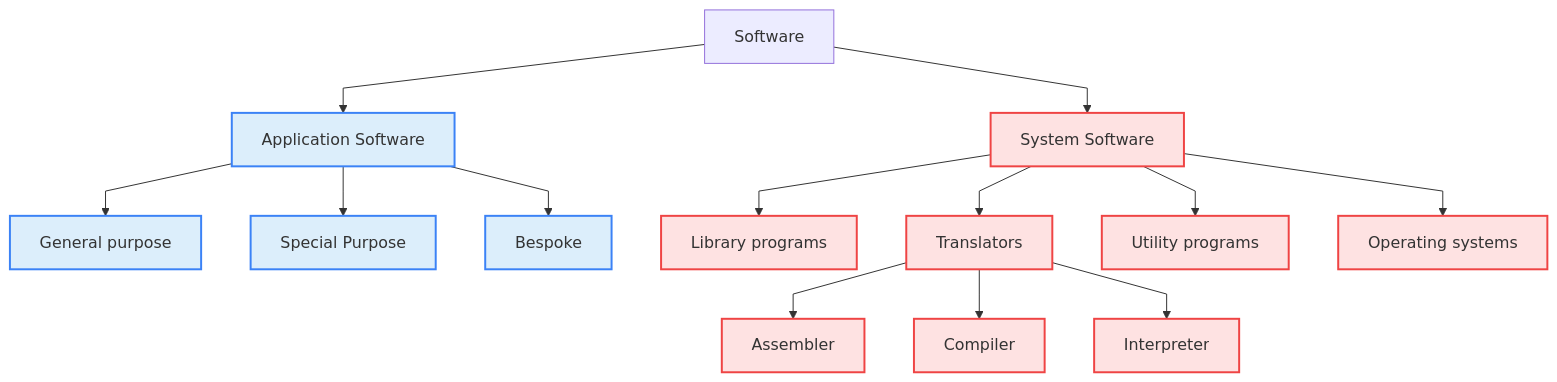
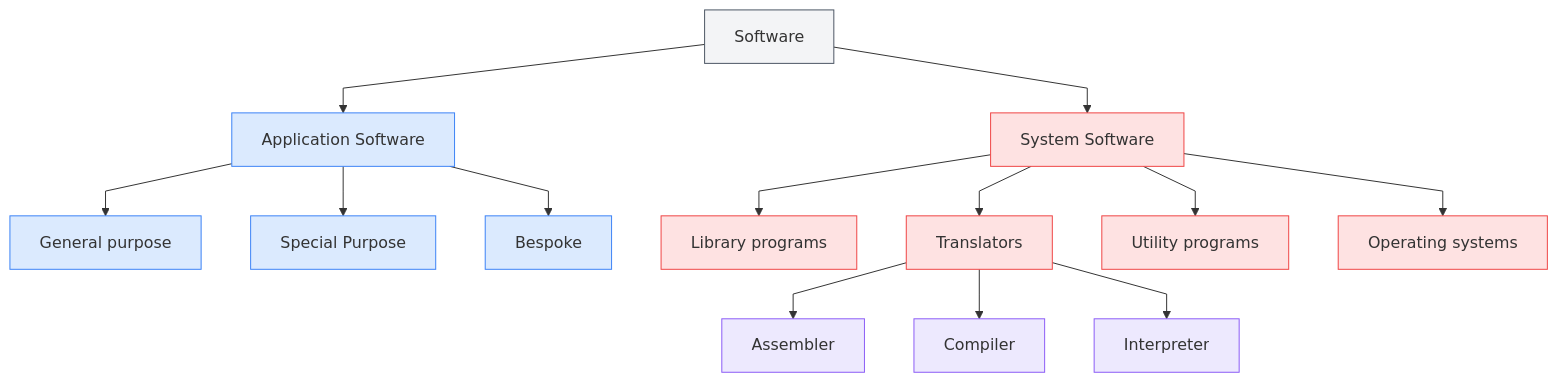
Before and after one commit to Mirasik1/ComputerScience: the diagram in content/Topics/CS/11 Grade/Software.md, drawn with Mermaid.

Commit message:
Quartz sync: Apr 8, 2025, 6:04 PM

````diff
--- a/content/Topics/CS/11 Grade/Software.md
+++ b/content/Topics/CS/11 Grade/Software.md
@@ -5,22 +5,31 @@
 ```mermaid
-%%{ init { "flowchart": { "curve": "linear" } } }%%
+%%{ init: { "flowchart": { "curve": "linear" } } }%%
 graph TD
-    classDef blue fill:#dceefb,stroke:#3b82f6,stroke-width:2px;
-    classDef red fill:#fee2e2,stroke:#ef4444,stroke-width:2px;
-    
+    %% Определения стилей
+    classDef base fill:#f3f4f6,stroke:#4b5563,stroke-width:2px;       %% Gray
+    classDef blue fill:#dbeafe,stroke:#3b82f6,stroke-width:2px;       %% Application Software
+    classDef red fill:#fee2e2,stroke:#ef4444,stroke-width:2px;        %% System Software
+    classDef purple fill:#ede9fe,stroke:#8b5cf6,stroke-width:2px;     %% Translators
+
+    %% Структура
     A[Software] --> B[Application Software]
     A --> C[System Software]
     B --> D[General purpose]
     B --> E[Special Purpose]
     B --> F[Bespoke]
     C --> G[Library programs]
     C --> H[Translators]
     C --> I[Utility programs]
     C --> J[Operating systems]
     H --> K[Assembler]
     H --> L[Compiler]
     H --> M[Interpreter]
+
+    %% Назначение стилей
+    class A base;
     class B,D,E,F blue;
-    class C,G,H,I,J,K,L,M red;
+    class C,G,I,J,H red;
+    class K,L,M purple;
+	click B "obsidian://open?vault=content&file=Ai"
 
 ```
````
